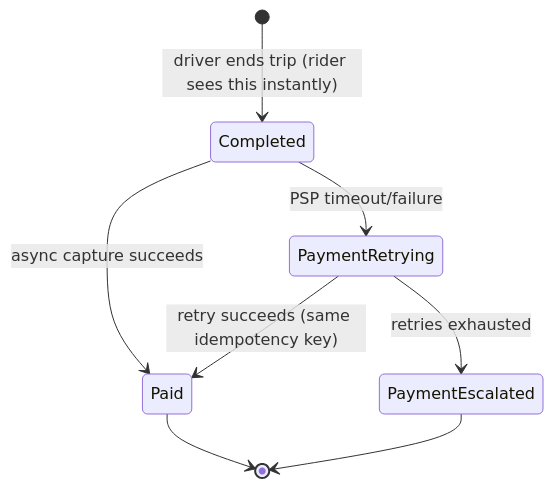
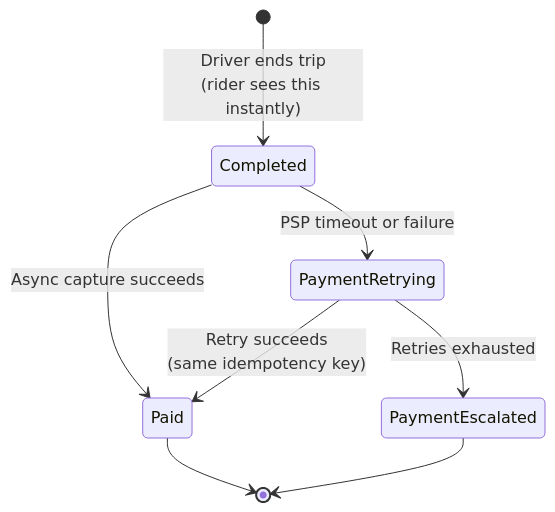
Before and after one commit to riyaz-pasha/Learnings: diagram 12 of 16 in system-design/HLD/0-course/30-Design Uber-FAANG-Guide-story.md, drawn with Mermaid. The commit also changed other lines of this file and 1 other file, not shown here.

First line of the commit message:
[REWRITE] Design Uber guides: simplify prose, add structure, fix dark-theme diagrams

````diff
--- a/system-design/HLD/0-course/30-Design Uber-FAANG-Guide-story.md
+++ b/system-design/HLD/0-course/30-Design Uber-FAANG-Guide-story.md
@@ -317,10 +719,10 @@
 ```mermaid
 stateDiagram-v2
-    [*] --> Completed: driver ends trip (rider sees this instantly)
-    Completed --> Paid: async capture succeeds
-    Completed --> PaymentRetrying: PSP timeout/failure
-    PaymentRetrying --> Paid: retry succeeds (same idempotency key)
-    PaymentRetrying --> PaymentEscalated: retries exhausted
+    [*] --> Completed: Driver ends trip<br/>(rider sees this instantly)
+    Completed --> Paid: Async capture succeeds
+    Completed --> PaymentRetrying: PSP timeout or failure
+    PaymentRetrying --> Paid: Retry succeeds<br/>(same idempotency key)
+    PaymentRetrying --> PaymentEscalated: Retries exhausted
     Paid --> [*]
     PaymentEscalated --> [*]
 ```
````
